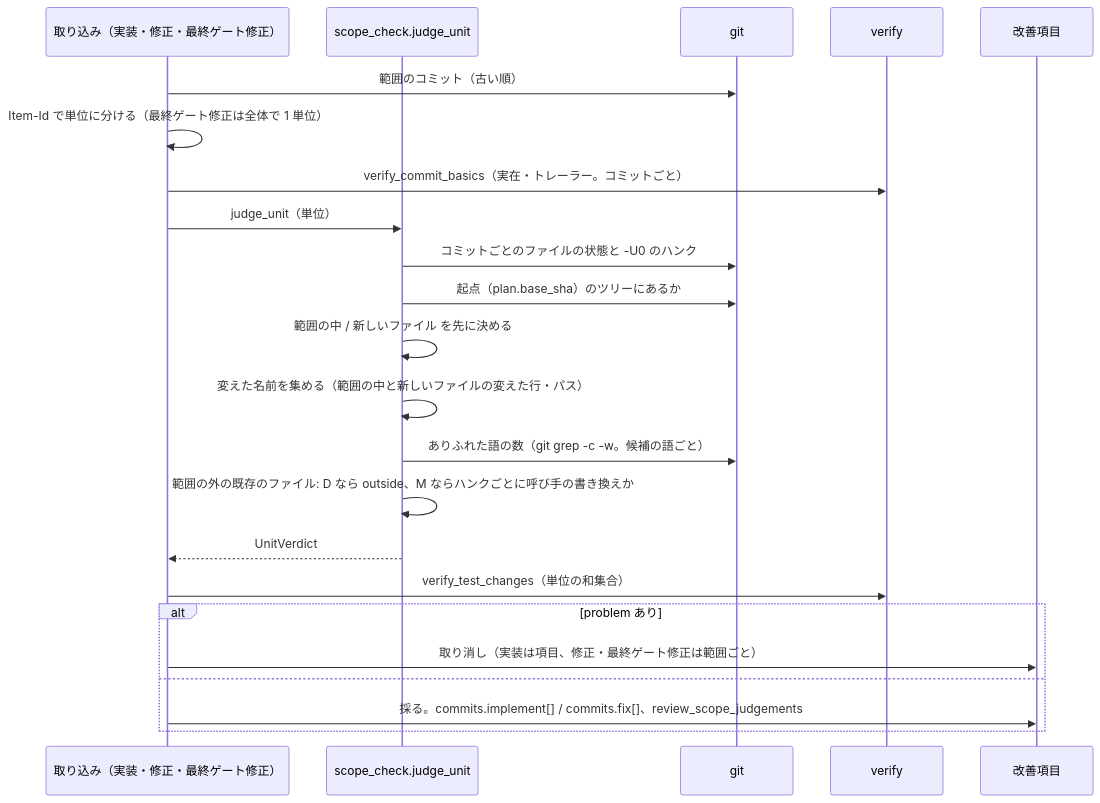
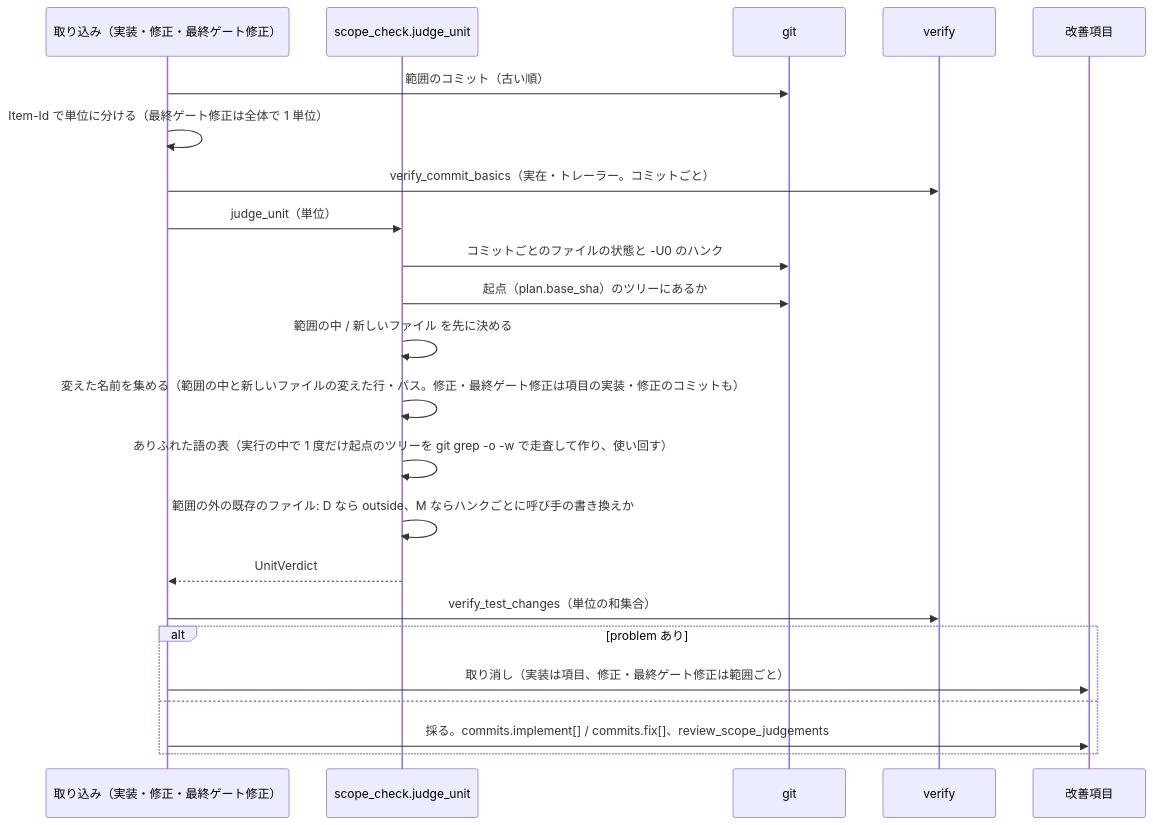
Before and after one commit to devbasex/ai-plugins: the third of 4 diagrams in issues/issue-1814-design.md, drawn with Mermaid. The commit also changed other lines of this file and 3 other files, not shown here.

````diff
--- a/issues/issue-1814-design.md
+++ b/issues/issue-1814-design.md
@@ -218,25 +218,25 @@
 ```mermaid
 sequenceDiagram
   participant IN as 取り込み（実装・修正・最終ゲート修正）
   participant SC as scope_check.judge_unit
   participant G as git
   participant VF as verify
   participant IT as 改善項目
   IN->>G: 範囲のコミット（古い順）
   IN->>IN: Item-Id で単位に分ける（最終ゲート修正は全体で 1 単位）
   IN->>VF: verify_commit_basics（実在・トレーラー。コミットごと）
   IN->>SC: judge_unit（単位）
   SC->>G: コミットごとのファイルの状態と -U0 のハンク
   SC->>G: 起点（plan.base_sha）のツリーにあるか
   SC->>SC: 範囲の中 / 新しいファイル を先に決める
-  SC->>SC: 変えた名前を集める（範囲の中と新しいファイルの変えた行・パス）
-  SC->>G: ありふれた語の数（git grep -c -w。候補の語ごと）
+  SC->>SC: 変えた名前を集める（範囲の中と新しいファイルの変えた行・パス。修正・最終ゲート修正は項目の実装・修正のコミットも）
+  SC->>SC: ありふれた語の表（実行の中で 1 度だけ起点のツリーを git grep -o -w で走査して作り、使い回す）
   SC->>SC: 範囲の外の既存のファイル: D なら outside、M ならハンクごとに呼び手の書き換えか
   SC-->>IN: UnitVerdict
   IN->>VF: verify_test_changes（単位の和集合）
   alt problem あり
     IN->>IT: 取り消し（実装は項目、修正・最終ゲート修正は範囲ごと）
   else
     IN->>IT: 採る。commits.implement[] / commits.fix[]、review_scope_judgements
   end
 ```
````
